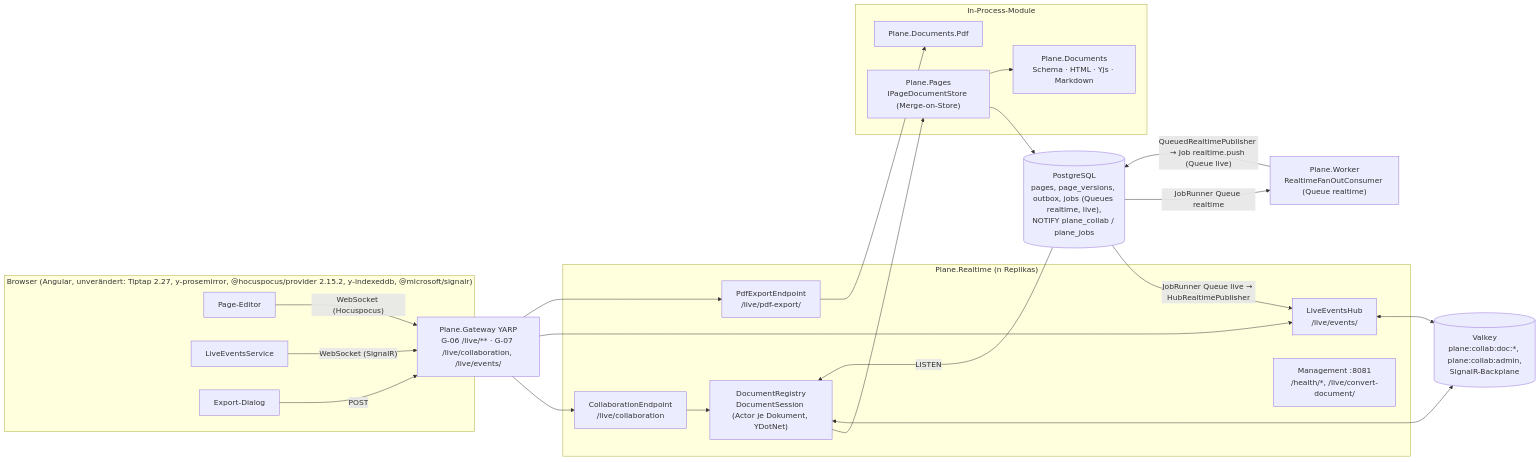
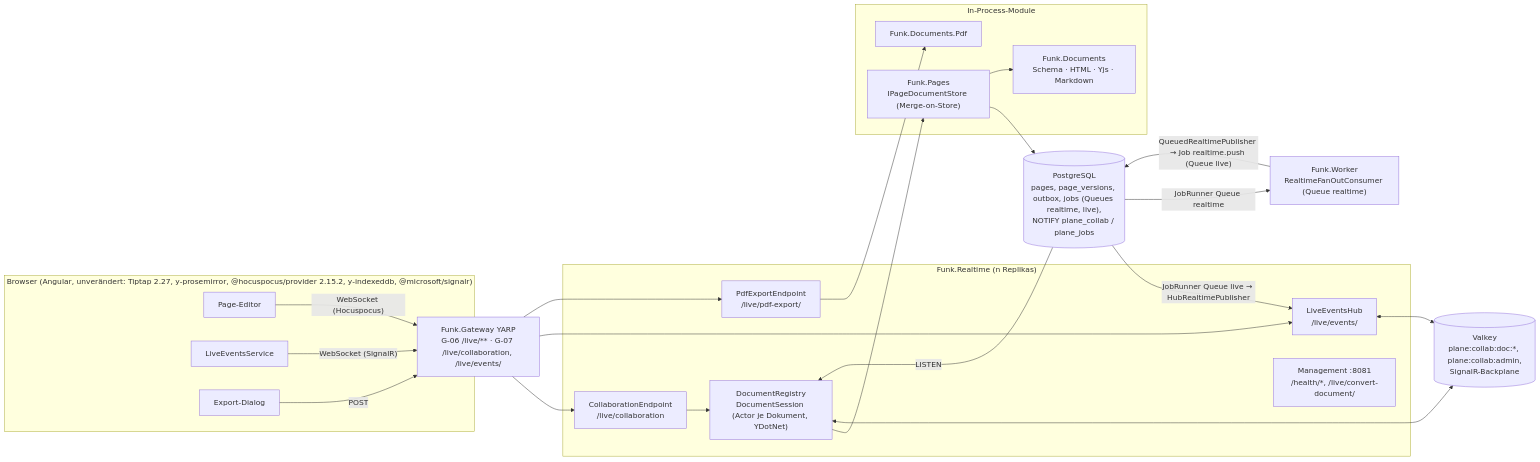
The first of 4 diagrams in migration/architecture/07-realtime-kollaboration-dokumente.md (mlwr/plane), drawn with Mermaid before and after one commit. The commit also changed other lines of this file and 27 other files, not shown here.

First line of the commit message:
docs(migration): rename target identifiers to funk in architecture and plan docs

````diff
--- a/migration/architecture/07-realtime-kollaboration-dokumente.md
+++ b/migration/architecture/07-realtime-kollaboration-dokumente.md
@@ -103,35 +103,35 @@
 ```mermaid
 flowchart LR
   subgraph Browser["Browser (Angular, unverändert: Tiptap 2.27, y-prosemirror, @hocuspocus/provider 2.15.2, y-indexeddb, @microsoft/signalr)"]
     ED[Page-Editor]
     LE[LiveEventsService]
     EX[Export-Dialog]
   end
-  GW["Plane.Gateway YARP<br/>G-06 /live/** · G-07 /live/collaboration, /live/events/"]
-  subgraph RT["Plane.Realtime (n Replikas)"]
+  GW["Funk.Gateway YARP<br/>G-06 /live/** · G-07 /live/collaboration, /live/events/"]
+  subgraph RT["Funk.Realtime (n Replikas)"]
     WS["CollaborationEndpoint<br/>/live/collaboration"]
     REG["DocumentRegistry<br/>DocumentSession (Actor je Dokument, YDotNet)"]
     HUB["LiveEventsHub<br/>/live/events/"]
     PDF["PdfExportEndpoint<br/>/live/pdf-export/"]
     MGMT["Management :8081<br/>/health/*, /live/convert-document/"]
   end
   subgraph Mods["In-Process-Module"]
-    PG["Plane.Pages<br/>IPageDocumentStore (Merge-on-Store)"]
-    DOC["Plane.Documents<br/>Schema · HTML · Yjs · Markdown"]
-    DPDF["Plane.Documents.Pdf"]
+    PG["Funk.Pages<br/>IPageDocumentStore (Merge-on-Store)"]
+    DOC["Funk.Documents<br/>Schema · HTML · Yjs · Markdown"]
+    DPDF["Funk.Documents.Pdf"]
   end
   VK[("Valkey<br/>plane:collab:doc:*, plane:collab:admin,<br/>SignalR-Backplane")]
   PGS[("PostgreSQL<br/>pages, page_versions, outbox, jobs (Queues realtime, live),<br/>NOTIFY plane_collab / plane_jobs")]
   ED -->|"WebSocket (Hocuspocus)"| GW --> WS --> REG
   LE -->|"WebSocket (SignalR)"| GW --> HUB
   EX -->|POST| GW --> PDF --> DPDF
   REG --> PG --> PGS
   PG --> DOC
   REG <--> VK
   PGS -->|LISTEN| REG
-  WK["Plane.Worker<br/>RealtimeFanOutConsumer (Queue realtime)"]
+  WK["Funk.Worker<br/>RealtimeFanOutConsumer (Queue realtime)"]
   PGS -->|"JobRunner Queue realtime"| WK
   WK -->|"QueuedRealtimePublisher → Job realtime.push (Queue live)"| PGS
   PGS -->|"JobRunner Queue live → HubRealtimePublisher"| HUB
   HUB <--> VK
 ```
````
